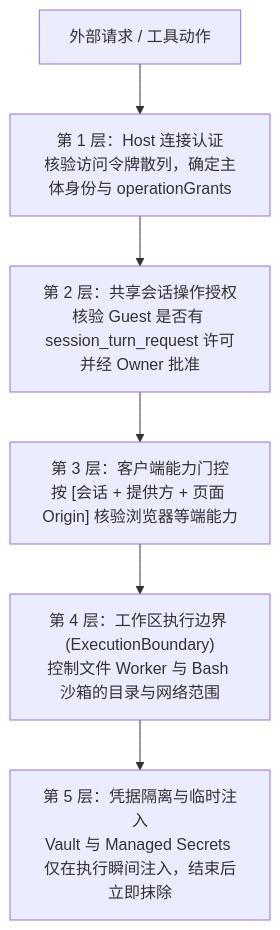
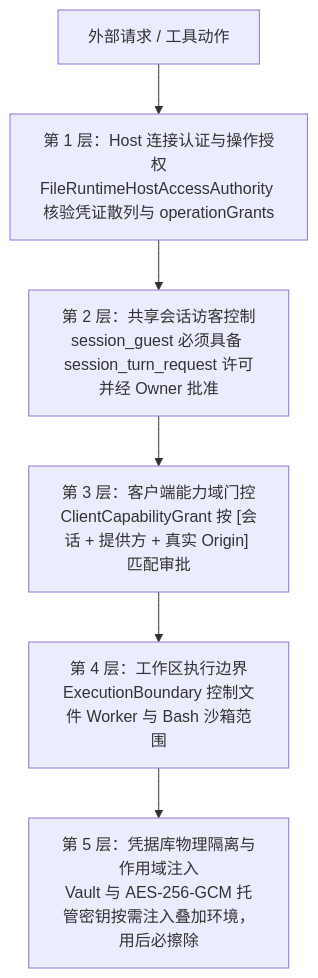
The first of 2 diagrams in maka-agent-infra/03-tools/permissions-and-secrets.md (suger-m/agent-infrastructure-docs), drawn with Mermaid before and after one commit. The commit also changed other lines of this file and 31 other files, not shown here.

````diff
--- a/maka-agent-infra/03-tools/permissions-and-secrets.md
+++ b/maka-agent-infra/03-tools/permissions-and-secrets.md
@@ -21,8 +22,8 @@
 ```mermaid
 flowchart TD
-    Req["外部请求 / 工具动作"] --> L1["第 1 层：Host 连接认证<br/>核验访问令牌散列，确定主体身份与 operationGrants"]
-    L1 --> L2["第 2 层：共享会话操作授权<br/>核验 Guest 是否有 session_turn_request 许可并经 Owner 批准"]
-    L2 --> L3["第 3 层：客户端能力门控<br/>按 [会话 + 提供方 + 页面 Origin] 核验浏览器等端能力"]
-    L3 --> L4["第 4 层：工作区执行边界 (ExecutionBoundary)<br/>控制文件 Worker 与 Bash 沙箱的目录与网络范围"]
-    L4 --> L5["第 5 层：凭据隔离与临时注入<br/>Vault 与 Managed Secrets 仅在执行瞬间注入，结束后立即抹除"]
+    Req["外部请求 / 工具动作"] --> L1["第 1 层：Host 连接认证与操作授权<br/>FileRuntimeHostAccessAuthority 核验凭证散列与 operationGrants"]
+    L1 --> L2["第 2 层：共享会话访客控制<br/>session_guest 必须具备 session_turn_request 许可并经 Owner 批准"]
+    L2 --> L3["第 3 层：客户端能力域门控<br/>ClientCapabilityGrant 按 [会话 + 提供方 + 真实 Origin] 匹配审批"]
+    L3 --> L4["第 4 层：工作区执行边界<br/>ExecutionBoundary 控制文件 Worker 与 Bash 沙箱范围"]
+    L4 --> L5["第 5 层：凭据库物理隔离与作用域注入<br/>Vault 与 AES-256-GCM 托管密钥按需注入叠加环境，用后必擦除"]
 ```
````
